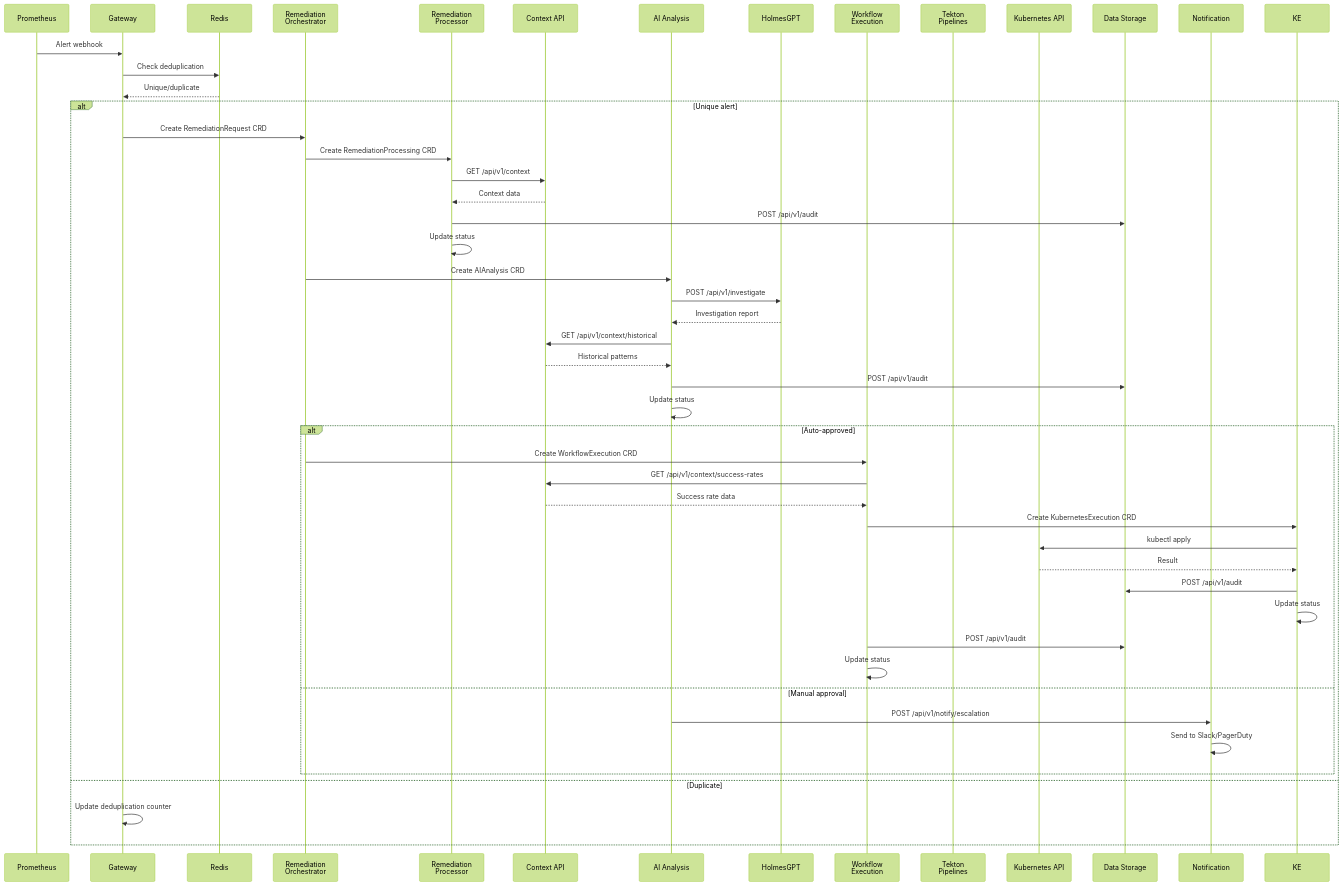
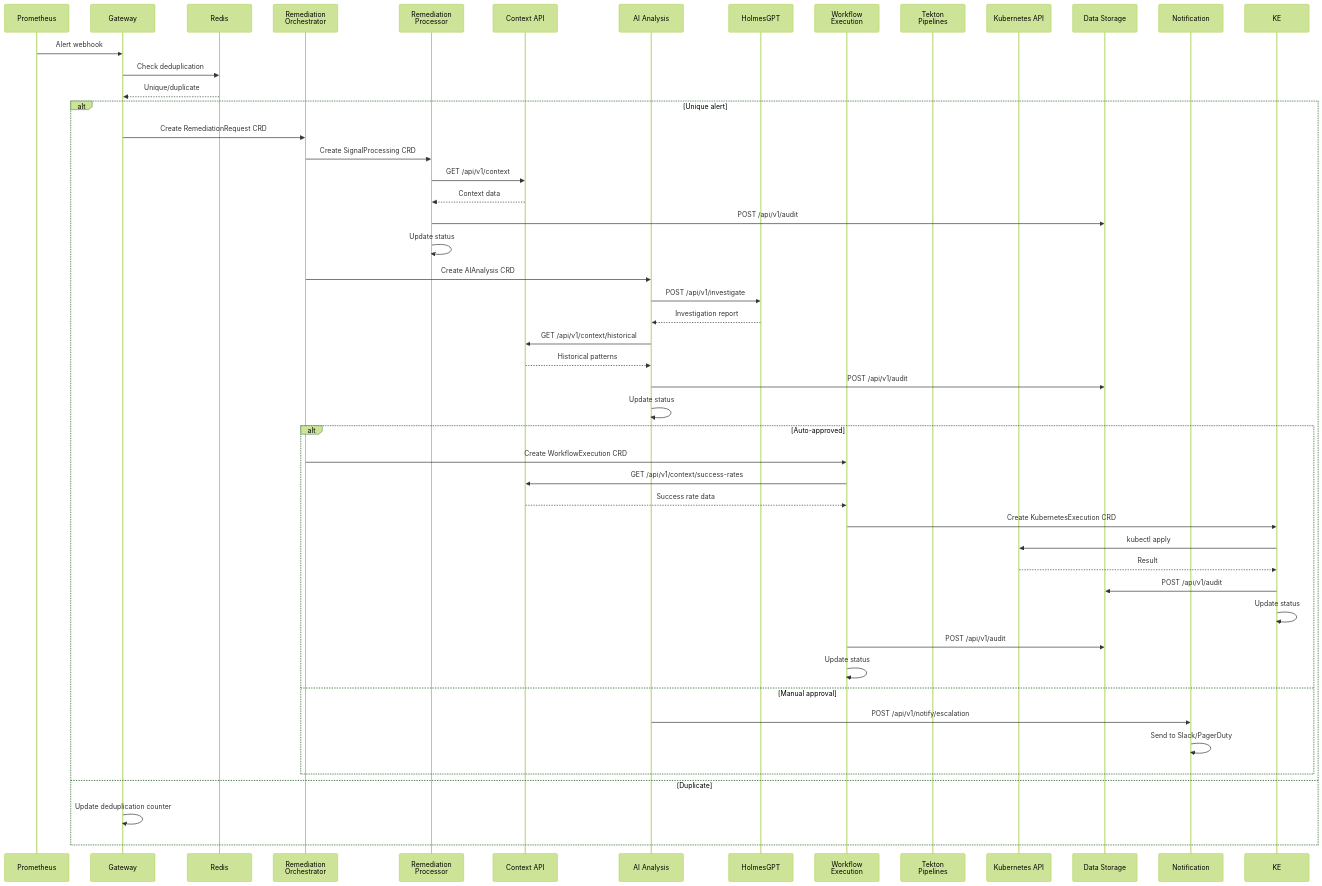
Before and after one commit to jordigilh/kubernaut: the fourth of 8 diagrams in docs/architecture/SERVICE_DEPENDENCY_MAP.md, drawn with Mermaid (forest theme). The commit also changed other lines of this file and 142 other files, not shown here.

First line of the commit message:
docs: Complete RemediationProcessing to SignalProcessing rename (DD-SIGNAL-PROCESSING-001)

````diff
--- a/docs/architecture/SERVICE_DEPENDENCY_MAP.md
+++ b/docs/architecture/SERVICE_DEPENDENCY_MAP.md
@@ -370,55 +370,55 @@
 ```mermaid
 sequenceDiagram
     participant P as Prometheus
     participant GW as Gateway
     participant R as Redis
     participant RO as Remediation<br/>Orchestrator
     participant RP as Remediation<br/>Processor
     participant CA as Context API
     participant AI as AI Analysis
     participant HG as HolmesGPT
     participant WE as Workflow<br/>Execution
     participant TEK as Tekton<br/>Pipelines
     participant K8 as Kubernetes API
     participant DS as Data Storage
     participant NS as Notification
 
     P->>GW: Alert webhook
     GW->>R: Check deduplication
     R-->>GW: Unique/duplicate
 
     alt Unique alert
         GW->>RO: Create RemediationRequest CRD
-        RO->>RP: Create RemediationProcessing CRD
+        RO->>RP: Create SignalProcessing CRD
         RP->>CA: GET /api/v1/context
         CA-->>RP: Context data
         RP->>DS: POST /api/v1/audit
         RP->>RP: Update status
 
         RO->>AI: Create AIAnalysis CRD
         AI->>HG: POST /api/v1/investigate
         HG-->>AI: Investigation report
         AI->>CA: GET /api/v1/context/historical
         CA-->>AI: Historical patterns
         AI->>DS: POST /api/v1/audit
         AI->>AI: Update status
 
         alt Auto-approved
             RO->>WE: Create WorkflowExecution CRD
             WE->>CA: GET /api/v1/context/success-rates
             CA-->>WE: Success rate data
             WE->>KE: Create KubernetesExecution CRD
             KE->>K8: kubectl apply
             K8-->>KE: Result
             KE->>DS: POST /api/v1/audit
             KE->>KE: Update status
             WE->>DS: POST /api/v1/audit
             WE->>WE: Update status
         else Manual approval
             AI->>NS: POST /api/v1/notify/escalation
             NS->>NS: Send to Slack/PagerDuty
         end
     else Duplicate
         GW->>GW: Update deduplication counter
     end
 ```
````
